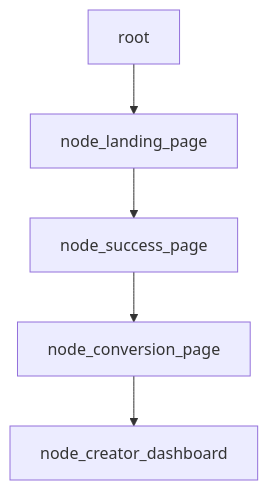
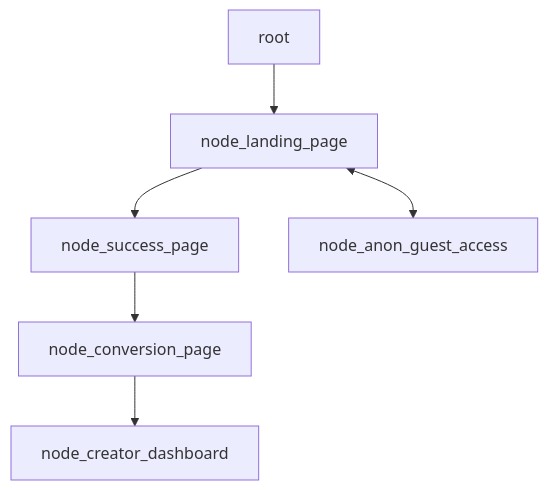
Before and after one commit to WrappedUsername/apexmite-jac: the first of 2 diagrams in README.md, drawn with Mermaid.

````diff
--- a/README.md
+++ b/README.md
@@ -12,7 +12,8 @@
 ```mermaid
 graph TD;
     root-->node_landing_page
     node_landing_page-->node_success_page
+    node_landing_page<-->node_anon_guest_access
     node_success_page-->node_conversion_page
     node_conversion_page-->node_creator_dashboard
 ```
````
